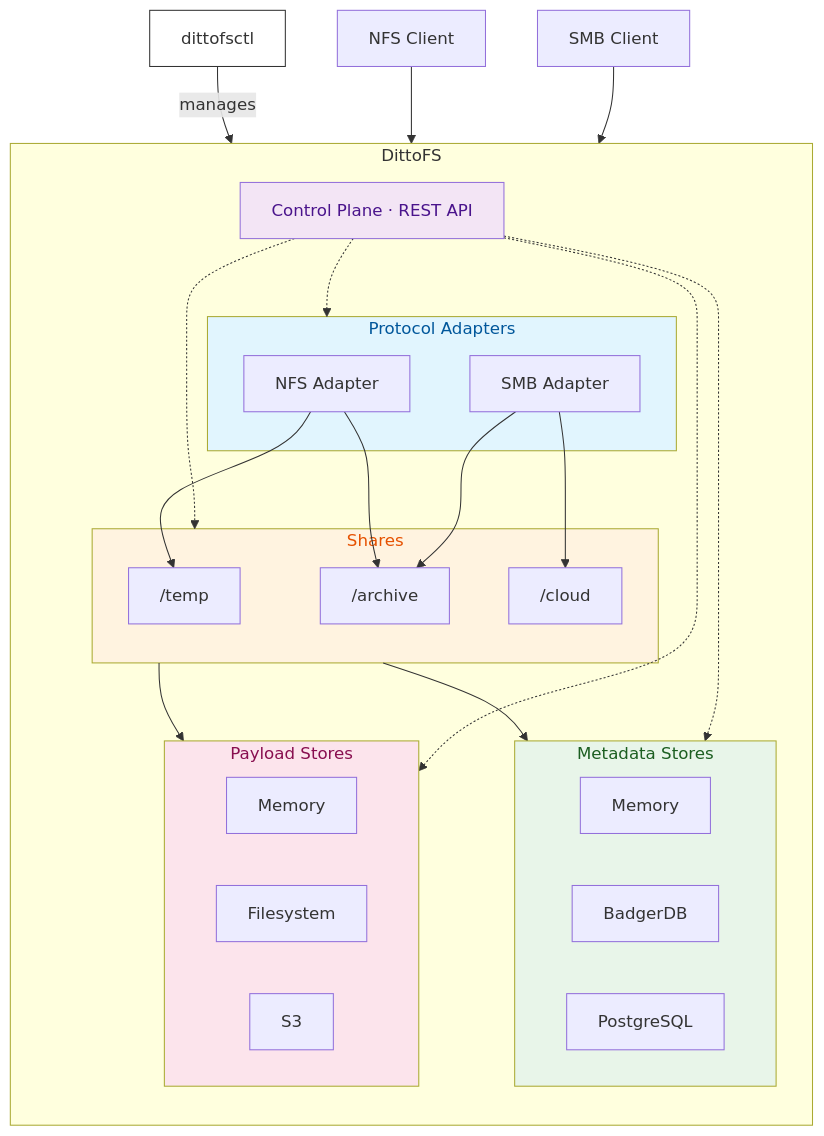
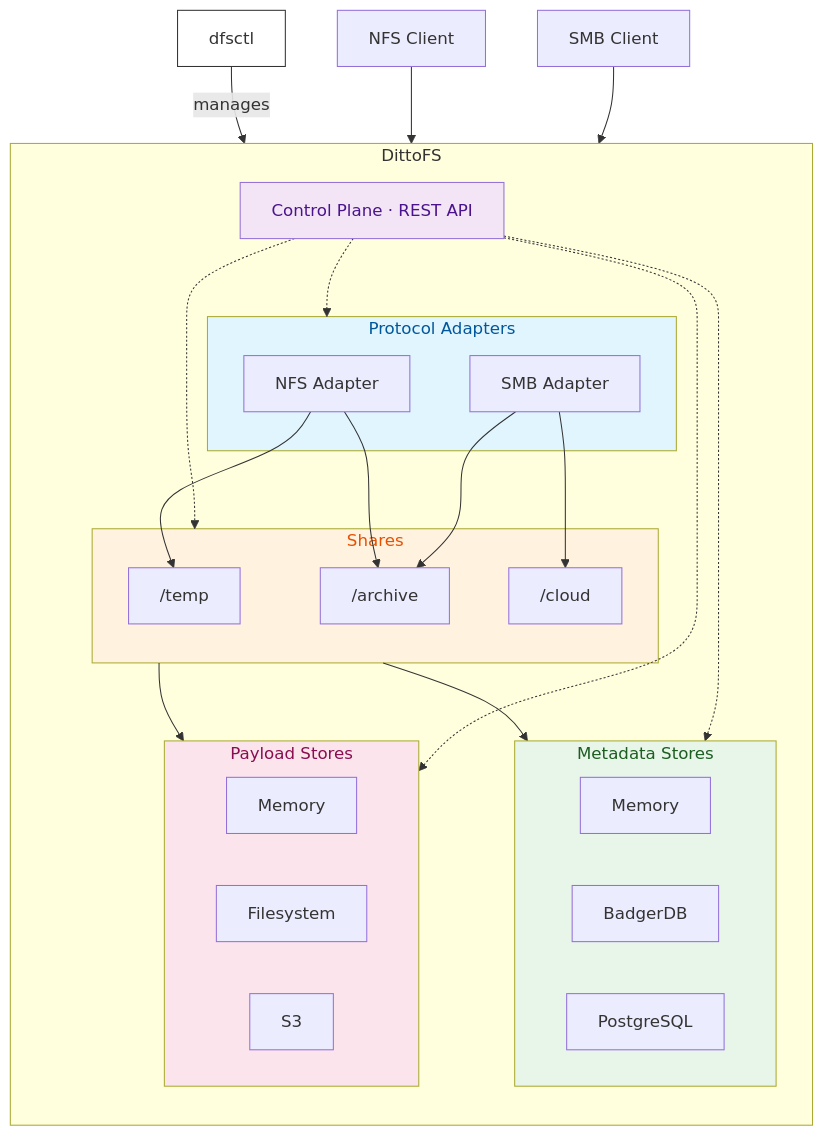
Before and after one commit to marmos91/dittofs: the diagram in README.md, drawn with Mermaid. The commit also changed other lines of this file and 13 other files, not shown here.

````diff
--- a/README.md
+++ b/README.md
@@ -28,53 +28,53 @@
 ```mermaid
 graph TD
-    CTL[dittofsctl] -- manages --> CP
+    CTL[dfsctl] -- manages --> CP
     NFS[NFS Client] --> NFSA
     SMB[SMB Client] --> SMBA
 
     subgraph DittoFS
         direction TB
 
         CP[Control Plane · REST API]
 
         subgraph Adapters[Protocol Adapters]
             NFSA[NFS Adapter]
             SMBA[SMB Adapter]
         end
 
         NFSA --> S1 & S2
         SMBA --> S2 & S3
 
         subgraph Shares
             S1["/temp"]
             S2["/archive"]
             S3["/cloud"]
         end
 
         Shares --> MetadataStores
         Shares --> PayloadStores
 
         subgraph MetadataStores[Metadata Stores]
             MM[Memory]
             MB[BadgerDB]
             MP[PostgreSQL]
         end
 
         subgraph PayloadStores[Payload Stores]
             PM[Memory]
             PF[Filesystem]
             PS[S3]
         end
 
         CP -.-> Adapters
         CP -.-> Shares
         CP -.-> MetadataStores
         CP -.-> PayloadStores
     end
 
     style Adapters fill:#e1f5fe,color:#01579b
     style Shares fill:#fff3e0,color:#e65100
     style MetadataStores fill:#e8f5e9,color:#1b5e20
     style PayloadStores fill:#fce4ec,color:#880e4f
     style CP fill:#f3e5f5,color:#4a148c
     style CTL fill:#fff,color:#333,stroke:#333
 ```
````
